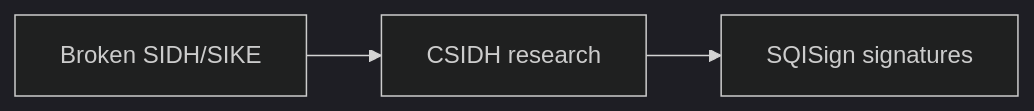
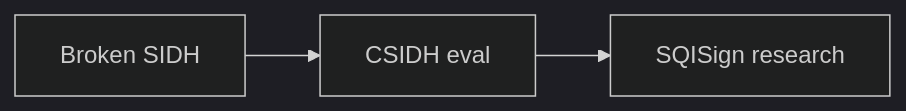
The second of 2 diagrams in manuscript/chapters/09-isogeny-based.md (kalyogyogi-ui/Ai-check-), drawn with Mermaid (dark theme) before and after one commit. The commit also changed other lines of this file and 31 other files, not shown here.

First line of the commit message:
Fix figure placement: in-section after intro text, repair corrupted headings

````diff
--- a/manuscript/chapters/09-isogeny-based.md
+++ b/manuscript/chapters/09-isogeny-based.md
@@ -82,5 +326,5 @@
 ```mermaid
 flowchart LR
-  SIDH[Broken SIDH/SIKE] --> CSIDH[CSIDH research]
-  CSIDH --> SQISign[SQISign signatures]
+  SIDH[Broken SIDH] --> CSIDH[CSIDH eval]
+  CSIDH --> SQI[SQISign research]
 ```
````
